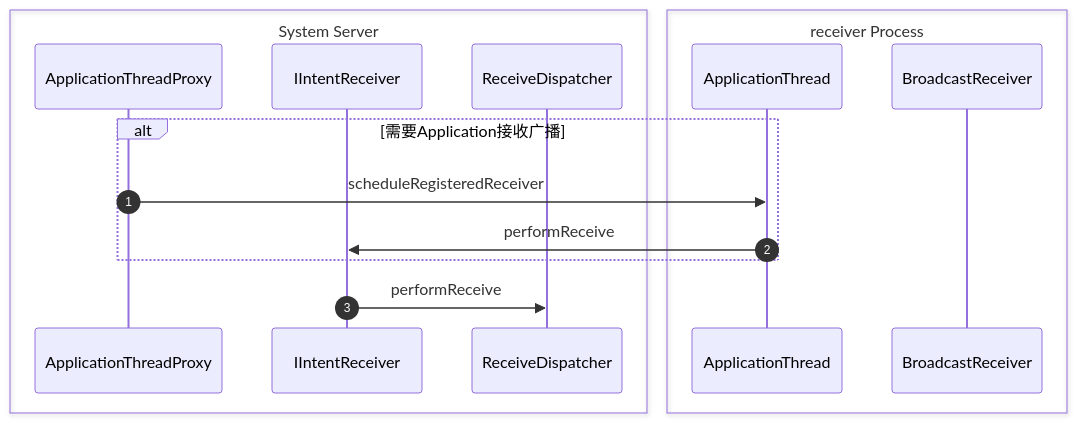
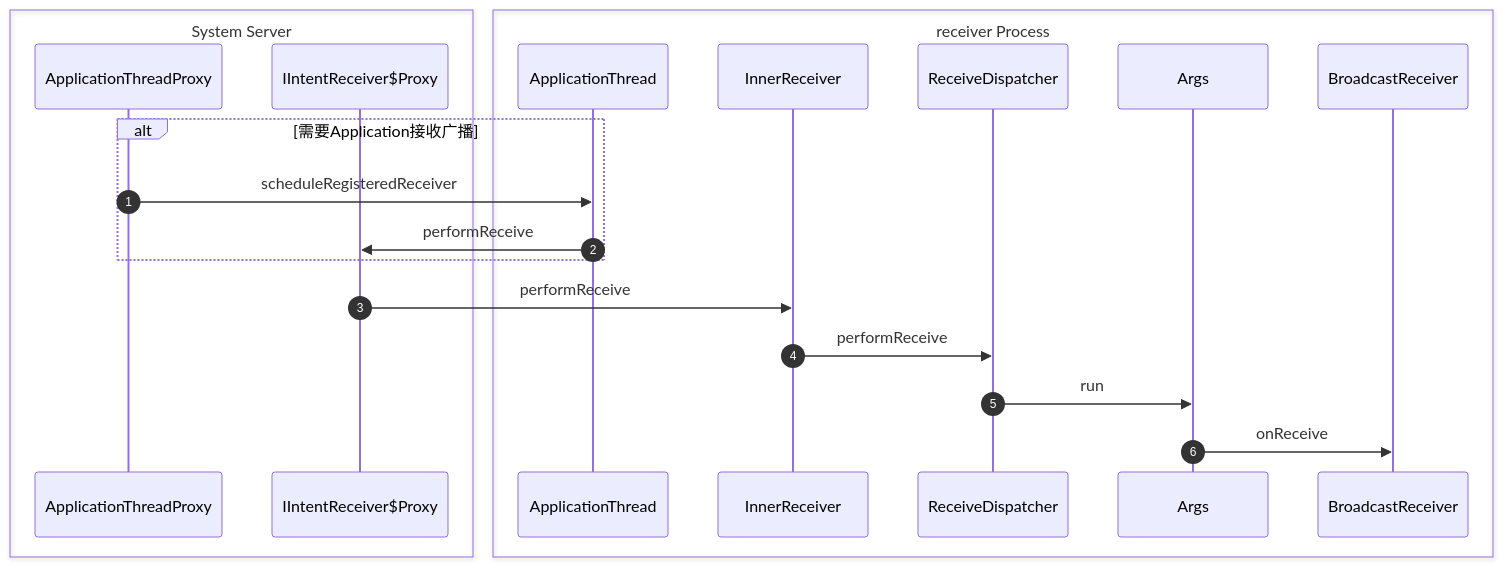
One commit to braisedp/braisedp.github.io changed the fourth of 4 diagrams in _posts/2025-6-27-broadcast_receiver.md. Above: the diagram before and after it, drawn with Mermaid. The commit also changed other lines of this file and 6 other files, not shown here.

````diff
--- a/_posts/2025-6-27-broadcast_receiver.md
+++ b/_posts/2025-6-27-broadcast_receiver.md
@@ -549,19 +548,24 @@
 ```mermaid
 sequenceDiagram
 autoNumber
 box System Server
 participant ApplicationThreadProxy
-participant IIntentReceiver
-participant ReceiveDispatcher
+participant IIntentReceiver$Proxy
 end
 box receiver Process
 participant ApplicationThread
+participant InnerReceiver
+participant ReceiveDispatcher
+participant Args
 participant BroadcastReceiver
 end
 
 alt 需要Application接收广播
 ApplicationThreadProxy->>ApplicationThread: scheduleRegisteredReceiver
-ApplicationThread->>IIntentReceiver:performReceive
+ApplicationThread->>IIntentReceiver$Proxy:performReceive
 end
-IIntentReceiver->>ReceiveDispatcher: performReceive
+IIntentReceiver$Proxy->>InnerReceiver:performReceive
+InnerReceiver->>ReceiveDispatcher: performReceive
+ReceiveDispatcher->>Args: run
+Args->>BroadcastReceiver:onReceive
 ```
````
